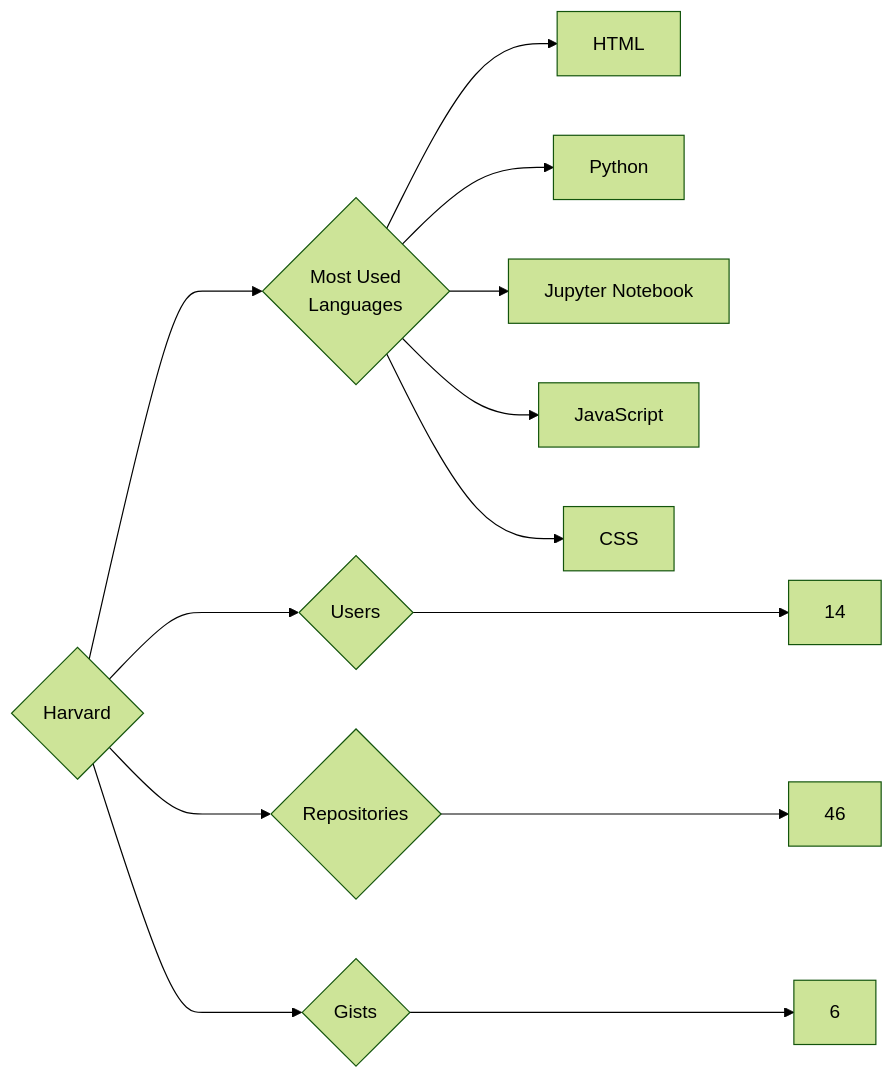
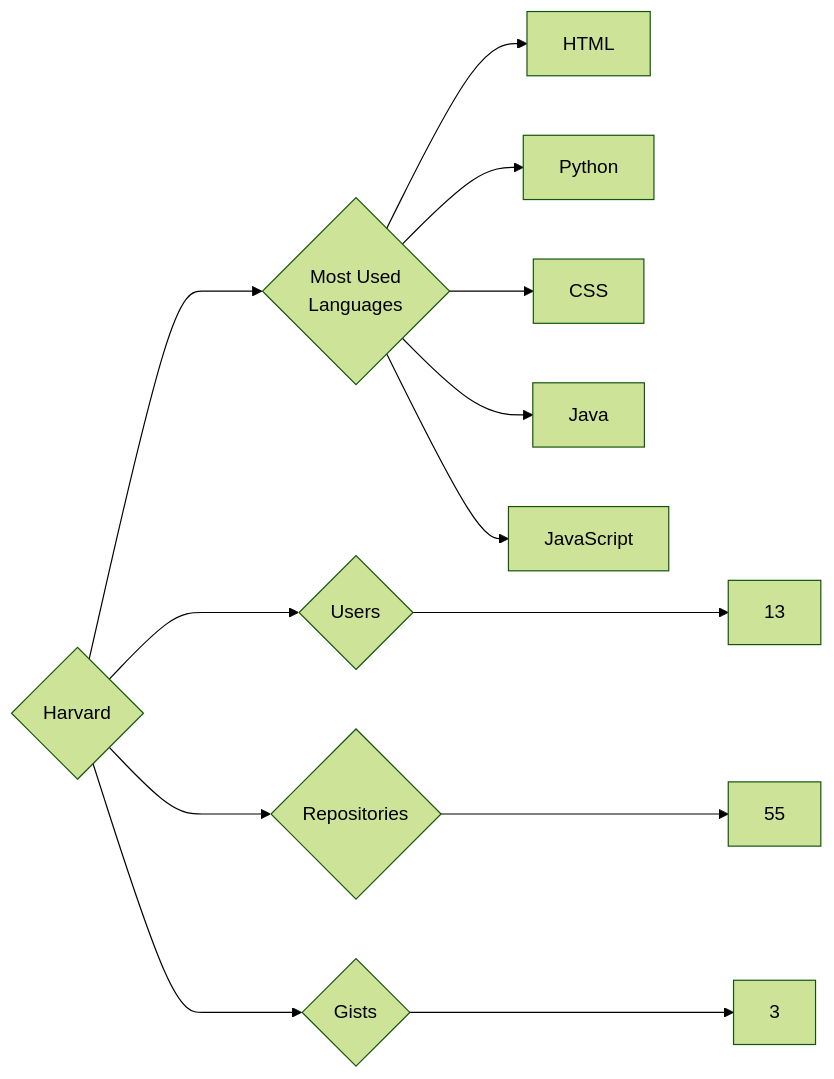
One commit to trickest/insiders changed the diagram in targets/Harvard/README.md. Above: the diagram before and after it, drawn with Mermaid (forest theme). The commit also changed 872 other files, not shown here.

````diff
--- a/targets/Harvard/README.md
+++ b/targets/Harvard/README.md
@@ -3,13 +3,13 @@
 ```mermaid
 graph LR
 COMPANY_NAME{Harvard}
-COMPANY_NAME ---> U{Users} ---> UN[14]
-COMPANY_NAME ---> R{Repositories} ---> RN[46]
-COMPANY_NAME ---> G{Gists} ---> GN[6]
+COMPANY_NAME ---> U{Users} ---> UN[13]
+COMPANY_NAME ---> R{Repositories} ---> RN[55]
+COMPANY_NAME ---> G{Gists} ---> GN[3]
 COMPANY_NAME ---> ML{Most Used<br>Languages}
 ML --> HTML[HTML]
 ML --> Python[Python]
-ML --> Jupyter_Notebook[Jupyter Notebook]
+ML --> CSS[CSS]
+ML --> Java[Java]
 ML --> JavaScript[JavaScript]
-ML --> CSS[CSS]
 ```
````
